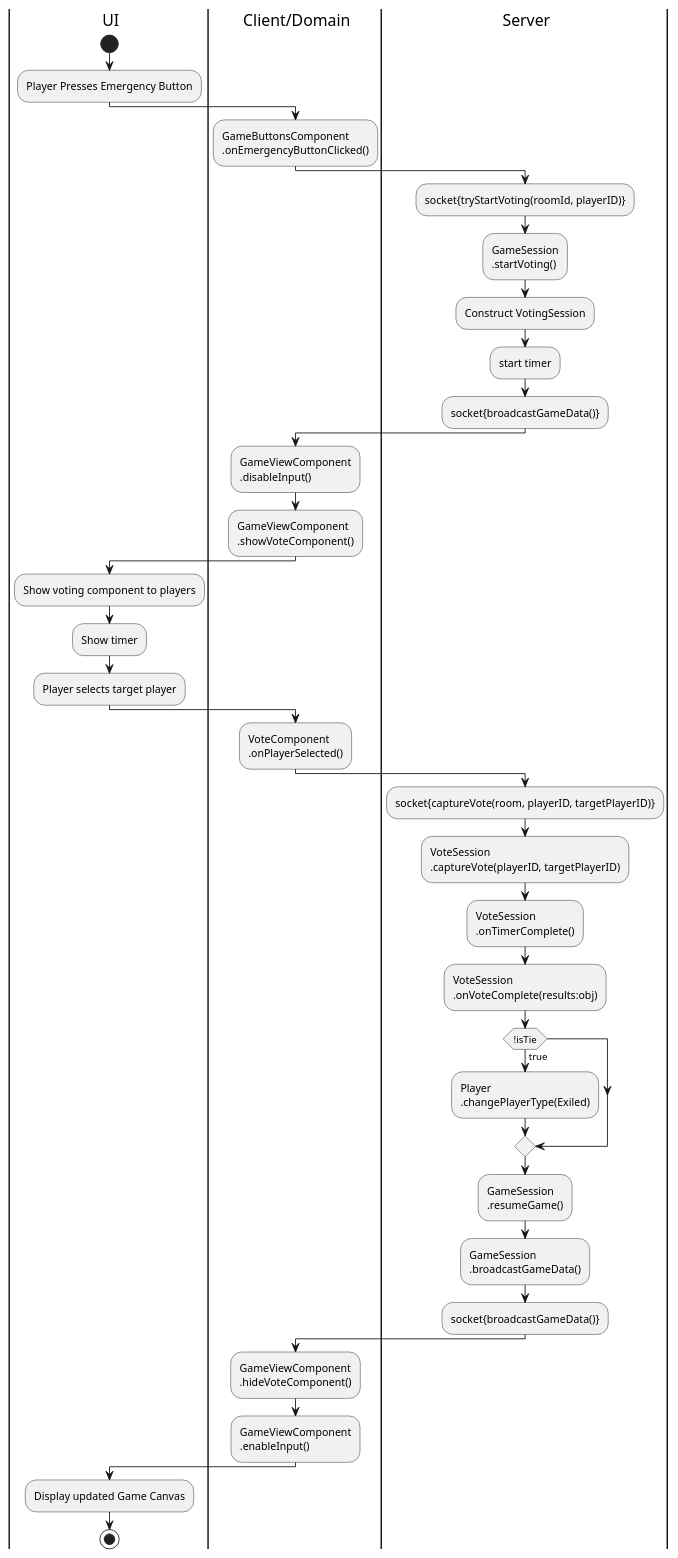
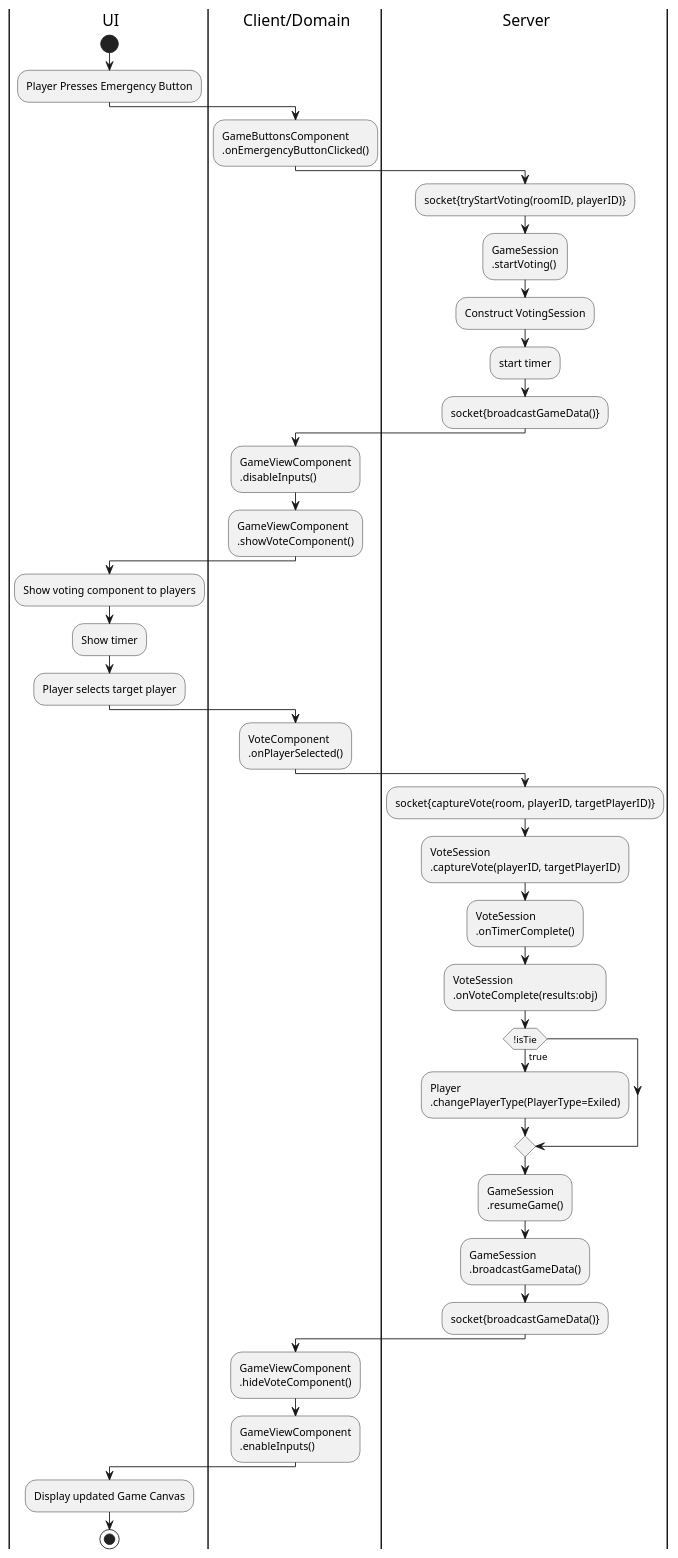
Before and after one commit to ducklin5/TTetris: the diagram in docs/ActivityDiagramEmergencyButton.puml, drawn with PlantUML. The commit also changed 38 other files, not shown here.

Commit message:
feat: compile preliminary design diagrams to pdf

```diff
--- a/docs/ActivityDiagramEmergencyButton.puml
+++ b/docs/ActivityDiagramEmergencyButton.puml
@@ -1,66 +1,66 @@
-@startuml JoinRoom
+@startuml ActivityDiagramEmergencyButton
 skinparam linetype ortho
 
 |ui| UI
 |cd| Client/Domain
 |sd| Server
 
 |ui|
 start
 
 |ui|
 :Player Presses Emergency Button;
 |cd| 
 :GameButtonsComponent
 .onEmergencyButtonClicked();
 
 |sd|
-:socket{tryStartVoting(roomId, playerID)};
+:socket{tryStartVoting(roomID, playerID)};
 :GameSession
 .startVoting();
 :Construct VotingSession;
 :start timer;
 :socket{broadcastGameData()};
 
 
 |cd|
 :GameViewComponent
-.disableInput();
+.disableInputs();
 :GameViewComponent
 .showVoteComponent();
 
 |ui|
 :Show voting component to players;
 :Show timer;
 :Player selects target player;
 
 |cd|
 :VoteComponent
 .onPlayerSelected();
 |sd|
 :socket{captureVote(room, playerID, targetPlayerID)};
 :VoteSession
 .captureVote(playerID, targetPlayerID);
 :VoteSession
 .onTimerComplete();
 :VoteSession
 .onVoteComplete(results:obj);
 if (!isTie) is (true) then
 :Player
-.changePlayerType(Exiled);
+.changePlayerType(PlayerType=Exiled);
 endif
 :GameSession
 .resumeGame();
 :GameSession
 .broadcastGameData();
 :socket{broadcastGameData()};
 |cd|
 :GameViewComponent
 .hideVoteComponent();
 :GameViewComponent
-.enableInput();
+.enableInputs();
 |ui|
 :Display updated Game Canvas;
 stop
 
 @enduml
```
